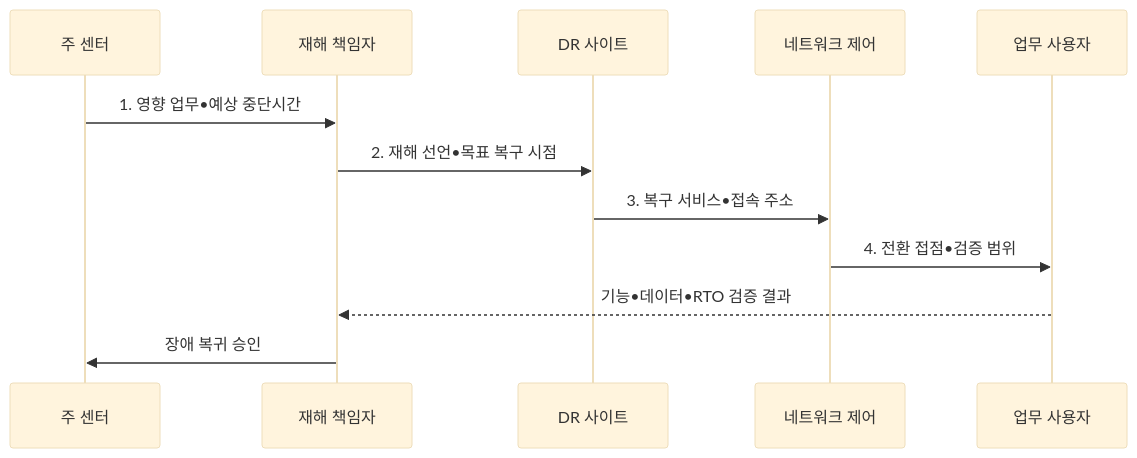
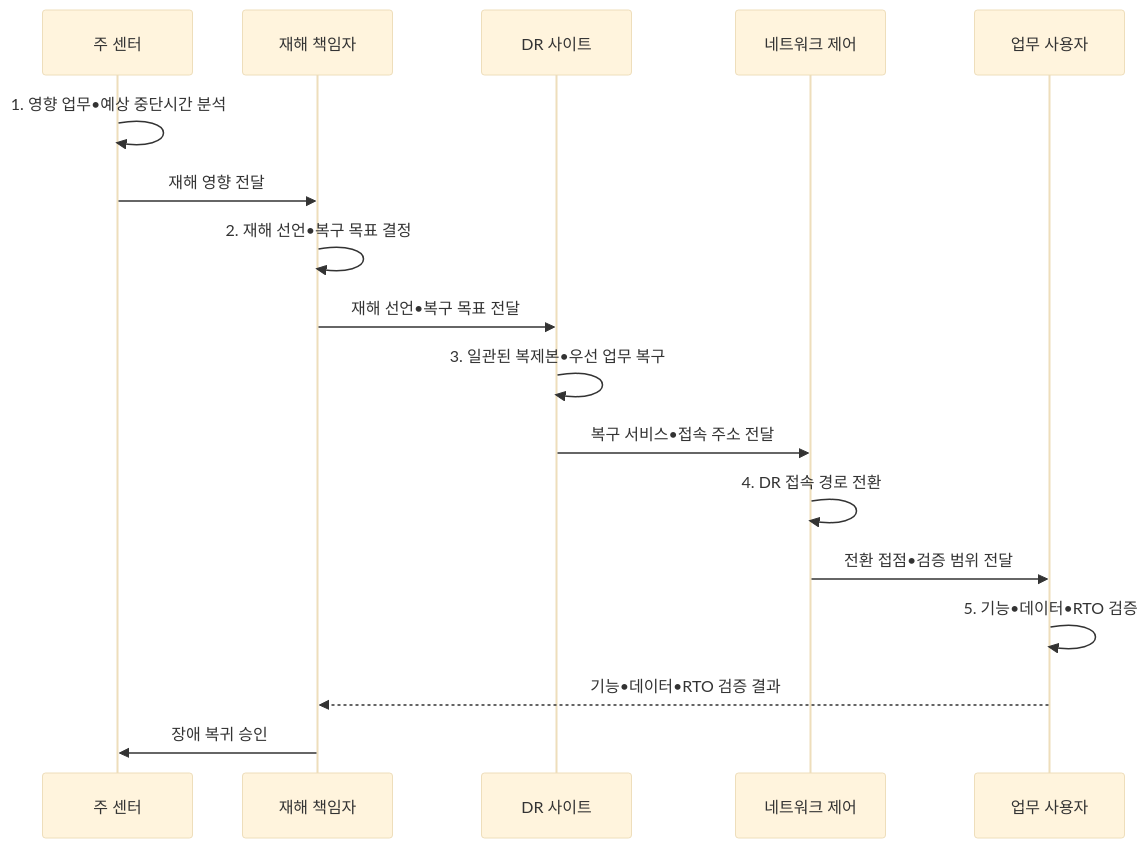
One commit to agnusdei1207/knowledge-base changed the second of 2 diagrams in src/content/docs/notes/06-evaluation/019_disaster_recovery_site.md. Above: the diagram before and after it, drawn with Mermaid (base theme). The commit also changed other lines of this file and 20 other files, not shown here.

````diff
--- a/src/content/docs/notes/06-evaluation/019_disaster_recovery_site.md
+++ b/src/content/docs/notes/06-evaluation/019_disaster_recovery_site.md
@@ -104,14 +104,19 @@
 ```mermaid
 sequenceDiagram
   participant P as 주 센터
   participant M as 재해 책임자
   participant D as DR 사이트
   participant N as 네트워크 제어
   participant U as 업무 사용자
-  P->>M: 1. 영향 업무•예상 중단시간
-  M->>D: 2. 재해 선언•목표 복구 시점
-  D->>N: 3. 복구 서비스•접속 주소
-  N->>U: 4. 전환 접점•검증 범위
+  P->>P: 1. 영향 업무•예상 중단시간 분석
+  P->>M: 재해 영향 전달
+  M->>M: 2. 재해 선언•복구 목표 결정
+  M->>D: 재해 선언•복구 목표 전달
+  D->>D: 3. 일관된 복제본•우선 업무 복구
+  D->>N: 복구 서비스•접속 주소 전달
+  N->>N: 4. DR 접속 경로 전환
+  N->>U: 전환 접점•검증 범위 전달
+  U->>U: 5. 기능•데이터•RTO 검증
   U-->>M: 기능•데이터•RTO 검증 결과
   M->>P: 장애 복귀 승인
 ```
````
